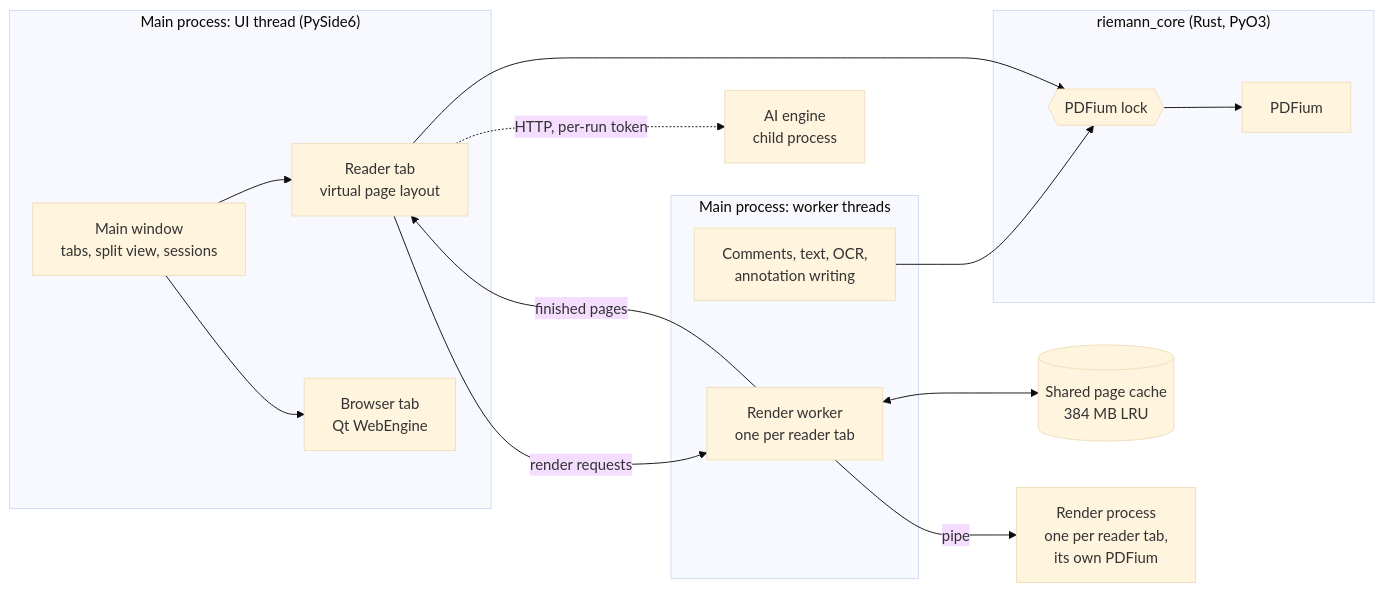
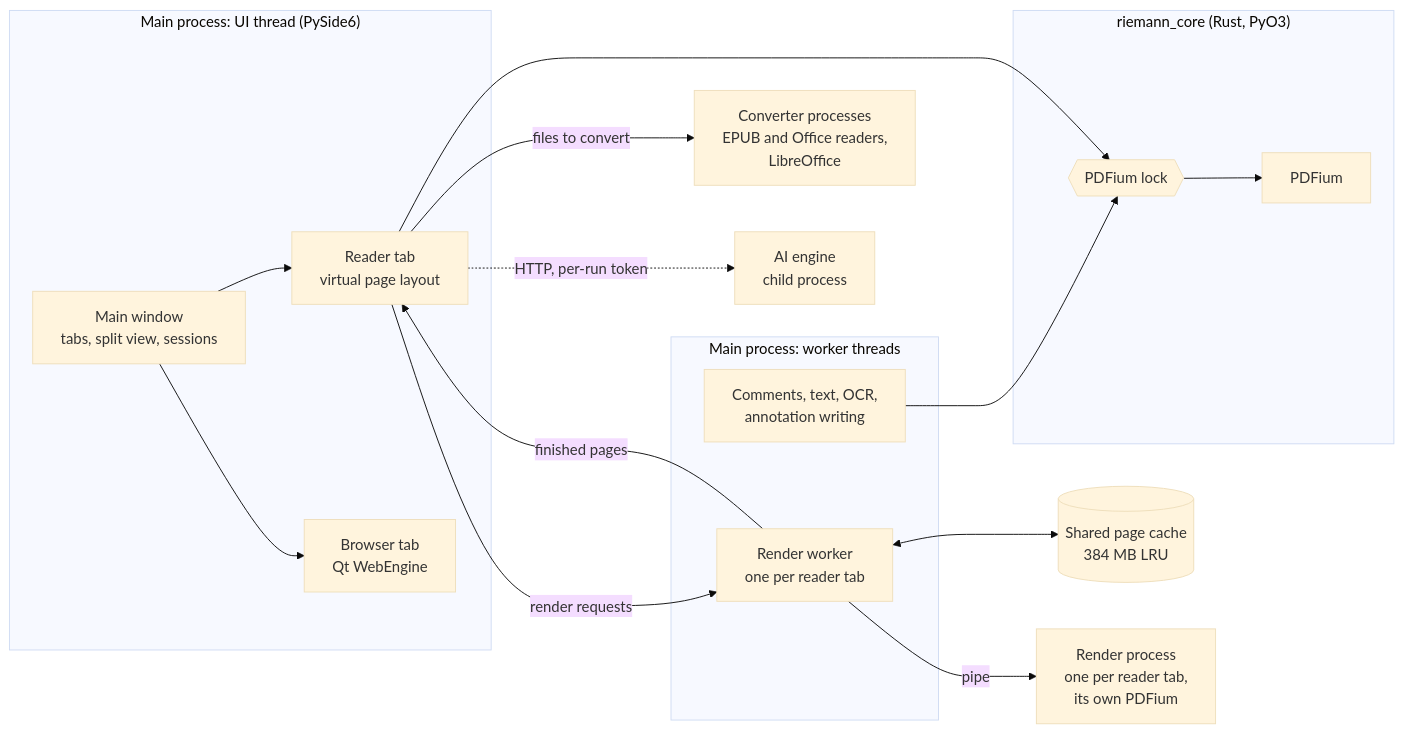
Before and after one commit to shadow30812/riemann: the diagram in docs/README.md, drawn with Mermaid (base theme). The commit also changed other lines of this file and 9 other files, not shown here.

````diff
--- a/docs/README.md
+++ b/docs/README.md
@@ -96,27 +113,29 @@
 ```mermaid
 flowchart LR
     subgraph UI["Main process: UI thread (PySide6)"]
         W[Main window<br/>tabs, split view, sessions]
         R[Reader tab<br/>virtual page layout]
         B[Browser tab<br/>Qt WebEngine]
     end
     subgraph BG["Main process: worker threads"]
         RW[Render worker<br/>one per reader tab]
         CW[Comments, text, OCR,<br/>annotation writing]
     end
     C[(Shared page cache<br/>384 MB LRU)]
     subgraph Core["riemann_core (Rust, PyO3)"]
         L{{PDFium lock}}
         P[PDFium]
     end
     RP[Render process<br/>one per reader tab,<br/>its own PDFium]
+    CV[Converter processes<br/>EPUB and Office readers,<br/>LibreOffice]
     AI[AI engine<br/>child process]
 
     W --> R & B
     R -- render requests --> RW
     RW -- finished pages --> R
     RW <--> C
     RW -- pipe --> RP
+    R -- files to convert --> CV
     CW & R --> L --> P
     R -. HTTP, per-run token .-> AI
 ```
````
